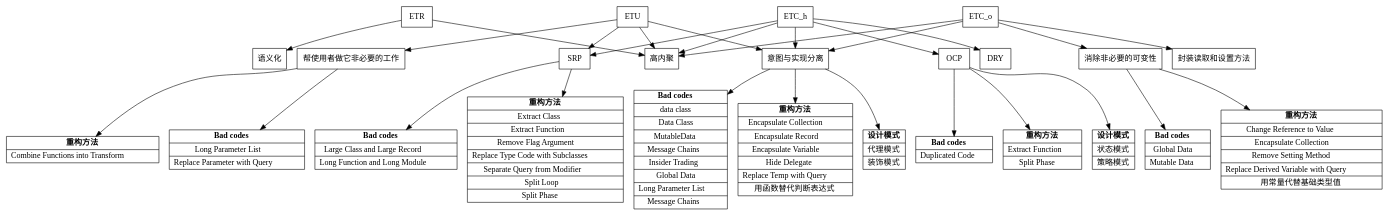
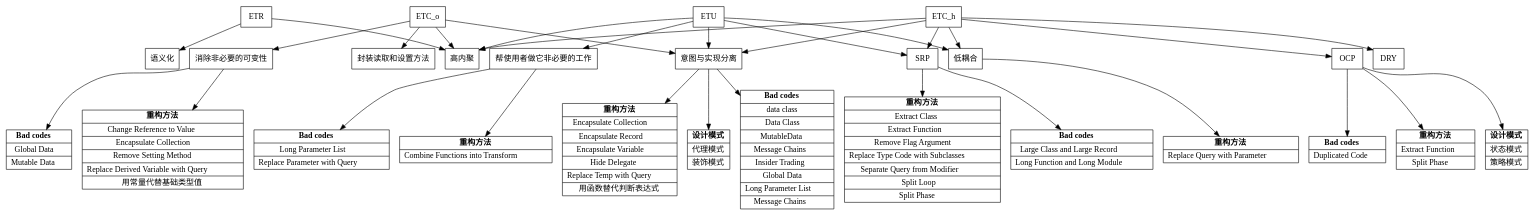
Before and after one commit to samoyi/note: the diagram in Theories/Architecture/设计思想层级结构.md, drawn with Graphviz. The commit also changed 1 other file, not shown here.

````diff
--- a/Theories/Architecture/设计思想层级结构.md
+++ b/Theories/Architecture/设计思想层级结构.md
@@ -30,8 +30,8 @@
 node [shape=record]
 
 ETR -> {语义化 高内聚}
-ETU -> {SRP 意图与实现分离 高内聚 帮使用者做它非必要的工作}
-ETC_h -> {SRP OCP DRY 意图与实现分离 高内聚}
+ETU -> {SRP 意图与实现分离 高内聚 帮使用者做它非必要的工作 低耦合}
+ETC_h -> {SRP OCP DRY 意图与实现分离 高内聚 低耦合}
 ETC_o -> {封装读取和设置方法 消除非必要的可变性 意图与实现分离 高内聚}
 
 
@@ -140,5 +140,12 @@
 }>]
 
 
+低耦合 -> "低耦合 重构方法"
+"低耦合 重构方法" [
+label = <{<b>重构方法</b> 
+| Replace Query with Parameter
+}>]
+
+
 }
 ```
````
